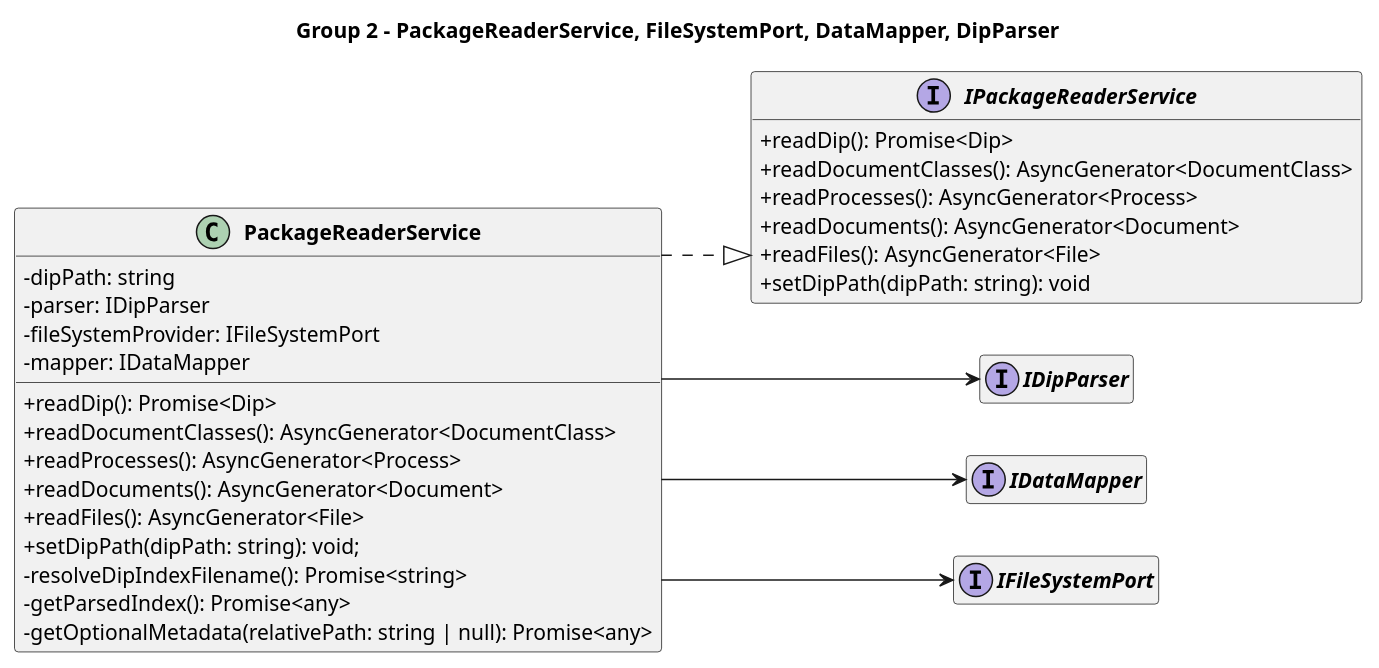
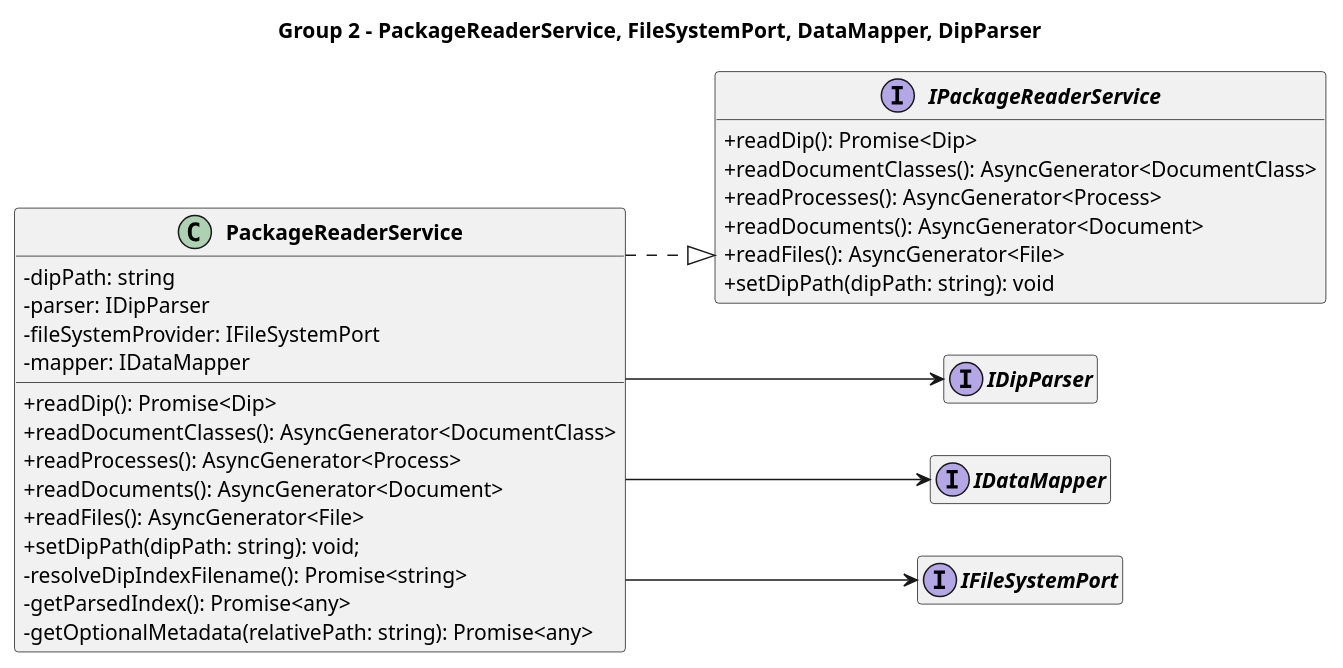
Before and after one commit to 7-ZPUs/Docs: the diagram in 3_PB/DocumentiEsterni/DiagrammiSpecificaTecnica/C4/C4_Main_Indexing_PackageReader.puml, drawn with PlantUML. The commit also changed 5 other files, not shown here.

```diff
--- a/3_PB/DocumentiEsterni/DiagrammiSpecificaTecnica/C4/C4_Main_Indexing_PackageReader.puml
+++ b/3_PB/DocumentiEsterni/DiagrammiSpecificaTecnica/C4/C4_Main_Indexing_PackageReader.puml
@@ -1,51 +1,51 @@
 @startuml Class Diagram - Main Indexing Flow - Group 2
 
 left to right direction
 skinparam classAttributeIconSize 0
 skinparam classFontStyle bold
 skinparam packageStyle rectangle
 skinparam linetype ortho
 hide empty members
 
 title Group 2 - PackageReaderService, FileSystemPort, DataMapper, DipParser
 
   interface IPackageReaderService {
     + readDip(): Promise<Dip>
     + readDocumentClasses(): AsyncGenerator<DocumentClass>
     + readProcesses(): AsyncGenerator<Process>
     + readDocuments(): AsyncGenerator<Document>
     + readFiles(): AsyncGenerator<File>
     + setDipPath(dipPath: string): void
   }
 
   class PackageReaderService {
     - dipPath: string
     - parser: IDipParser
     - fileSystemProvider: IFileSystemPort
     - mapper: IDataMapper
     + readDip(): Promise<Dip>
     + readDocumentClasses(): AsyncGenerator<DocumentClass>
     + readProcesses(): AsyncGenerator<Process>
     + readDocuments(): AsyncGenerator<Document>
     + readFiles(): AsyncGenerator<File>
     + setDipPath(dipPath: string): void;
     - resolveDipIndexFilename(): Promise<string>
     - getParsedIndex(): Promise<any>
-    - getOptionalMetadata(relativePath: string | null): Promise<any>
+    - getOptionalMetadata(relativePath: string): Promise<any>
   }
 
   interface IDipParser {
   }
 
   interface IDataMapper {
   }
 
   interface IFileSystemPort {
   }
 
 PackageReaderService ..|> IPackageReaderService
 PackageReaderService --> IDipParser
 PackageReaderService --> IDataMapper
 PackageReaderService --> IFileSystemPort
 
 @enduml
```
